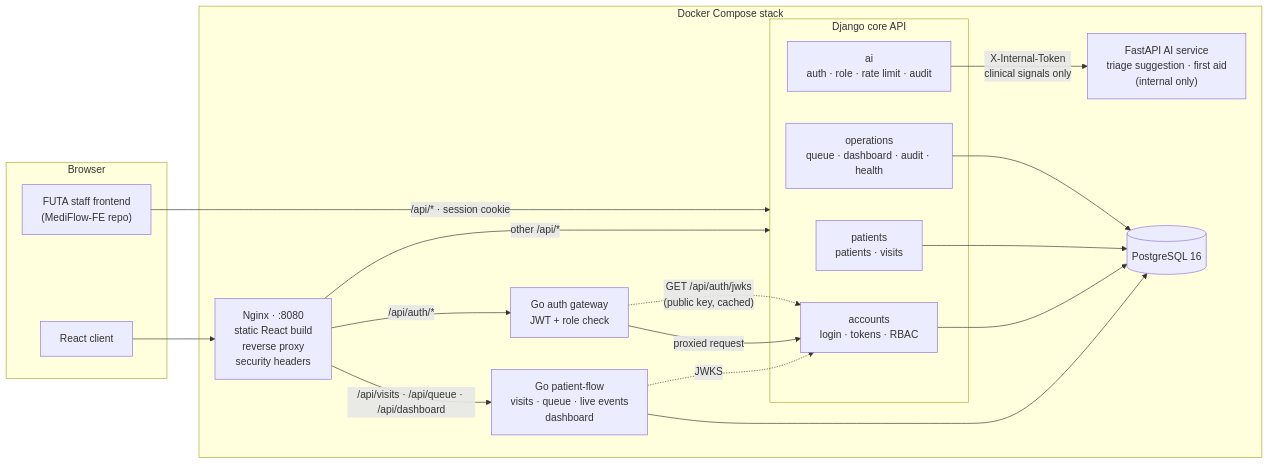
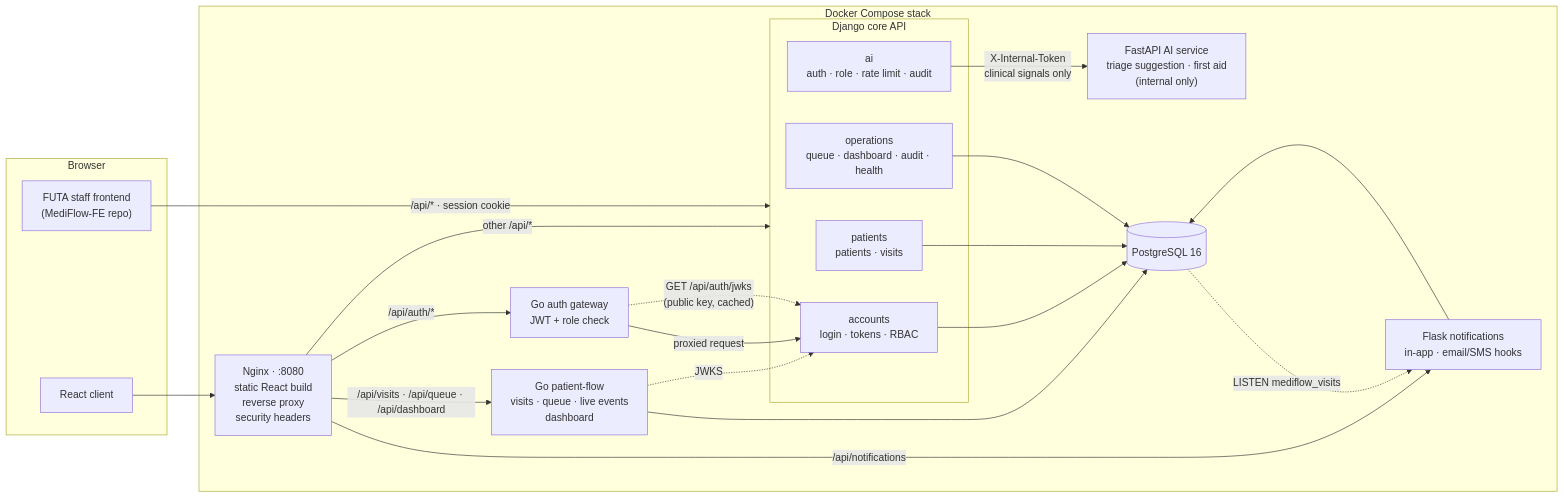
The first of 5 diagrams in docs/PROJECT-STATUS.md (MediFlow-io/mediflow-platform), drawn with Mermaid before and after one commit. The commit also changed other lines of this file and 244 other files, not shown here.

````diff
--- a/docs/PROJECT-STATUS.md
+++ b/docs/PROJECT-STATUS.md
@@ -41,38 +43,42 @@
 ```mermaid
 flowchart LR
     subgraph Browser
         REACT["React client"]
         LEGACY["FUTA staff frontend<br/>(MediFlow-FE repo)"]
     end
 
     subgraph Stack["Docker Compose stack"]
         NGINX["Nginx · :8080<br/>static React build<br/>reverse proxy<br/>security headers"]
         GW["Go auth gateway<br/>JWT + role check"]
 
         subgraph Core["Django core API"]
             AUTH["accounts<br/>login · tokens · RBAC"]
             PAT["patients<br/>patients · visits"]
             OPS["operations<br/>queue · dashboard · audit · health"]
             AIP["ai<br/>auth · role · rate limit · audit"]
         end
 
         FLOW["Go patient-flow<br/>visits · queue · live events<br/>dashboard"]
+        NOTIFY["Flask notifications<br/>in-app · email/SMS hooks"]
 
         AI["FastAPI AI service<br/>triage suggestion · first aid<br/>(internal only)"]
         DB[("PostgreSQL 16")]
     end
 
     REACT --> NGINX
     NGINX -- "/api/auth/*" --> GW
     NGINX -- "/api/visits · /api/queue · /api/dashboard" --> FLOW
     NGINX -- "other /api/*" --> Core
     FLOW -. "JWKS" .-> AUTH
     FLOW --> DB
+    NGINX -- "/api/notifications" --> NOTIFY
+    DB -. "LISTEN mediflow_visits" .-> NOTIFY
+    NOTIFY --> DB
     GW -- "proxied request" --> AUTH
     GW -. "GET /api/auth/jwks<br/>(public key, cached)" .-> AUTH
     LEGACY -- "/api/* · session cookie" --> Core
     AIP -- "X-Internal-Token<br/>clinical signals only" --> AI
     AUTH --> DB
     PAT --> DB
     OPS --> DB
 ```
````
